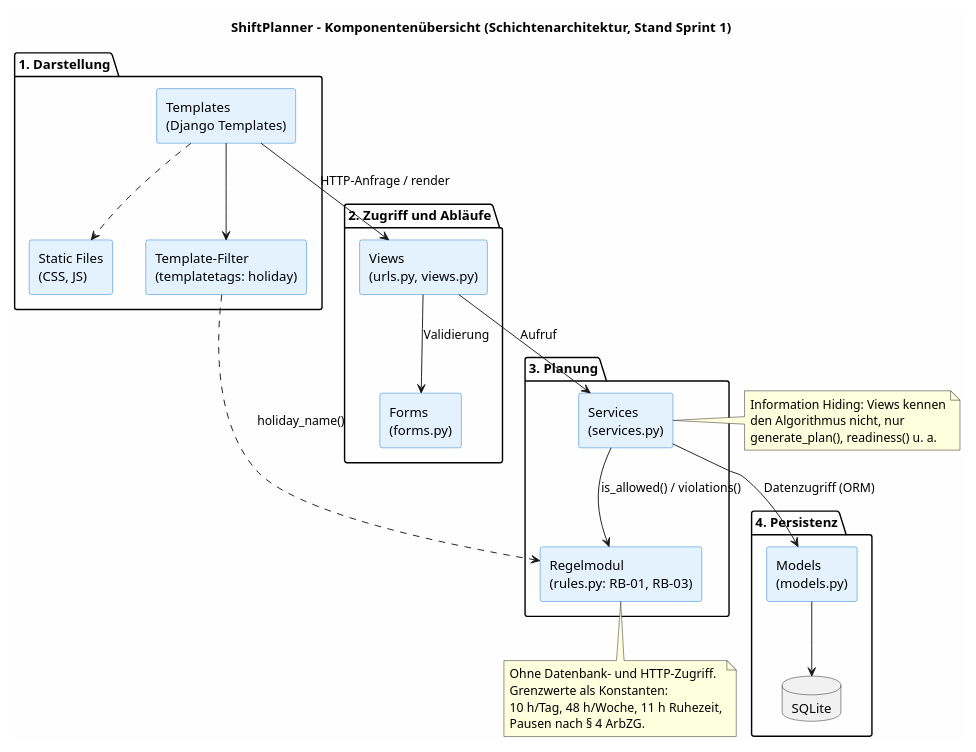
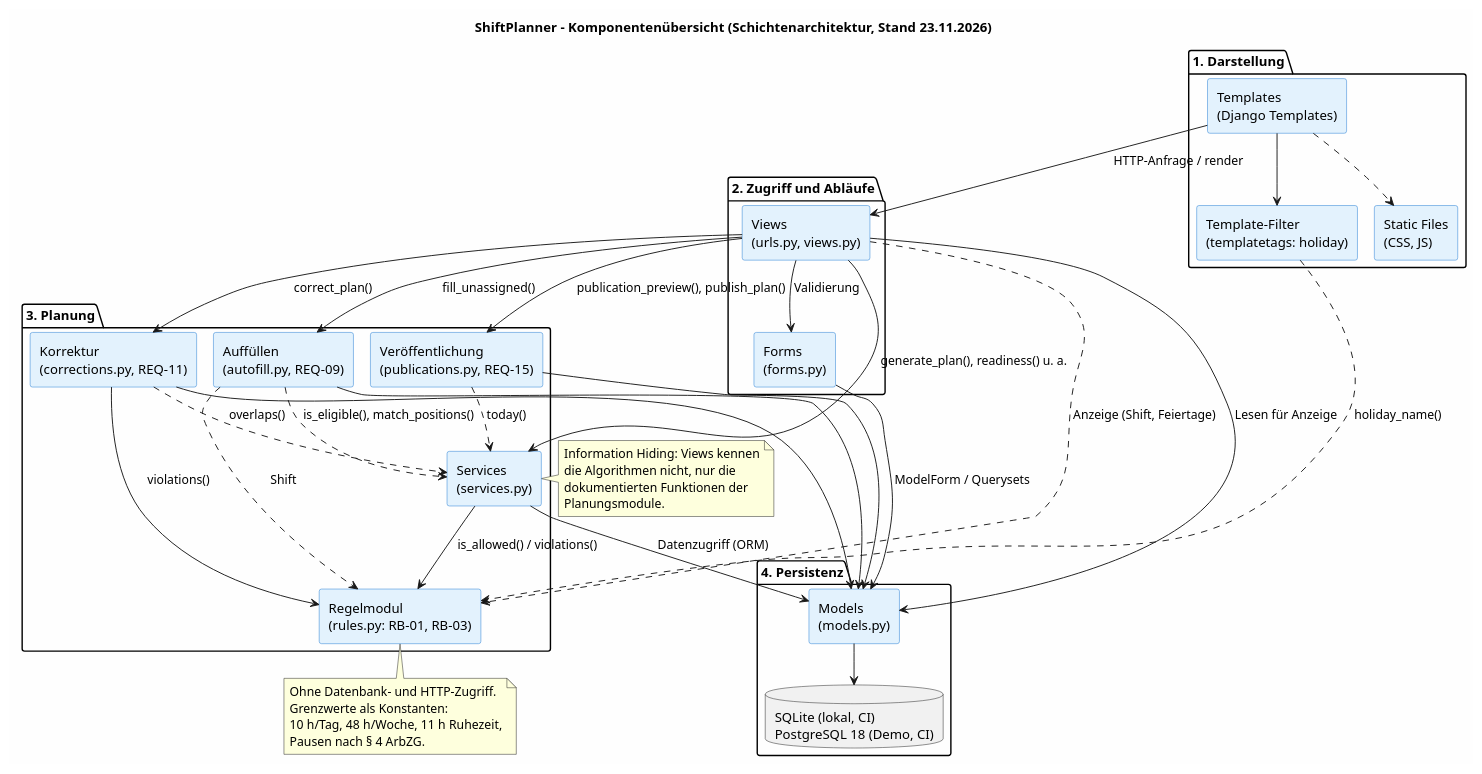
One commit to shiftplanner-hsfl-team/shiftplanner changed the diagram in docs/design/komponenten.puml. Above: the diagram before and after it, drawn with PlantUML. The commit also changed 4 other files, not shown here.

```diff
--- a/docs/design/komponenten.puml
+++ b/docs/design/komponenten.puml
@@ -1,54 +1,73 @@
 @startuml
+!pragma layout smetana
 skinparam componentStyle rectangle
 skinparam backgroundColor #FEFEFE
 skinparam componentBackgroundColor #E3F2FD
 skinparam componentBorderColor #1976D2
 skinparam componentFontColor #000000
 
-title ShiftPlanner – Komponentenübersicht (Schichtenarchitektur, Stand Sprint 1)
+title ShiftPlanner – Komponentenübersicht (Schichtenarchitektur, Stand 23.11.2026)
 
 package "1. Darstellung" {
   [Templates\n(Django Templates)] as templates
   [Static Files\n(CSS, JS)] as static
   [Template-Filter\n(templatetags: holiday)] as tags
 }
 
 package "2. Zugriff und Abläufe" {
   [Views\n(urls.py, views.py)] as views
   [Forms\n(forms.py)] as forms
 }
 
 package "3. Planung" {
   [Services\n(services.py)] as services
+  [Korrektur\n(corrections.py, REQ-11)] as corrections
+  [Auffüllen\n(autofill.py, REQ-09)] as autofill
+  [Veröffentlichung\n(publications.py, REQ-15)] as publications
   [Regelmodul\n(rules.py: RB-01, RB-03)] as rules
 }
 
 package "4. Persistenz" {
   [Models\n(models.py)] as models
-  database "SQLite" as db
+  database "SQLite (lokal, CI)\nPostgreSQL 18 (Demo, CI)" as db
 }
 
 templates --> views : HTTP-Anfrage / render
 templates ..> static
 templates --> tags
 tags ..> rules : holiday_name()
 views --> forms : Validierung
-views --> services : Aufruf
+views --> services : generate_plan(), readiness() u. a.
+views --> corrections : correct_plan()
+views --> autofill : fill_unassigned()
+views --> publications : publication_preview(), publish_plan()
+views ..> rules : Anzeige (Shift, Feiertage)
+views --> models : Lesen für Anzeige
+forms --> models : ModelForm / Querysets
+corrections --> rules : violations()
+corrections ..> services : overlaps()
+autofill ..> services : is_eligible(), match_positions()
+autofill ..> rules : Shift
+publications ..> services : today()
 services --> rules : is_allowed() / violations()
 services --> models : Datenzugriff (ORM)
+corrections --> models
+autofill --> models
+publications --> models
 models --> db
 
 note bottom of rules
   Ohne Datenbank- und HTTP-Zugriff.
   Grenzwerte als Konstanten:
   10 h/Tag, 48 h/Woche, 11 h Ruhezeit,
   Pausen nach § 4 ArbZG.
 end note
 
 note right of services
   Information Hiding: Views kennen
-  den Algorithmus nicht, nur
-  generate_plan(), readiness() u. a.
+  die Algorithmen nicht, nur die
+  dokumentierten Funktionen der
+  Planungsmodule.
 end note
 
 @enduml
```
